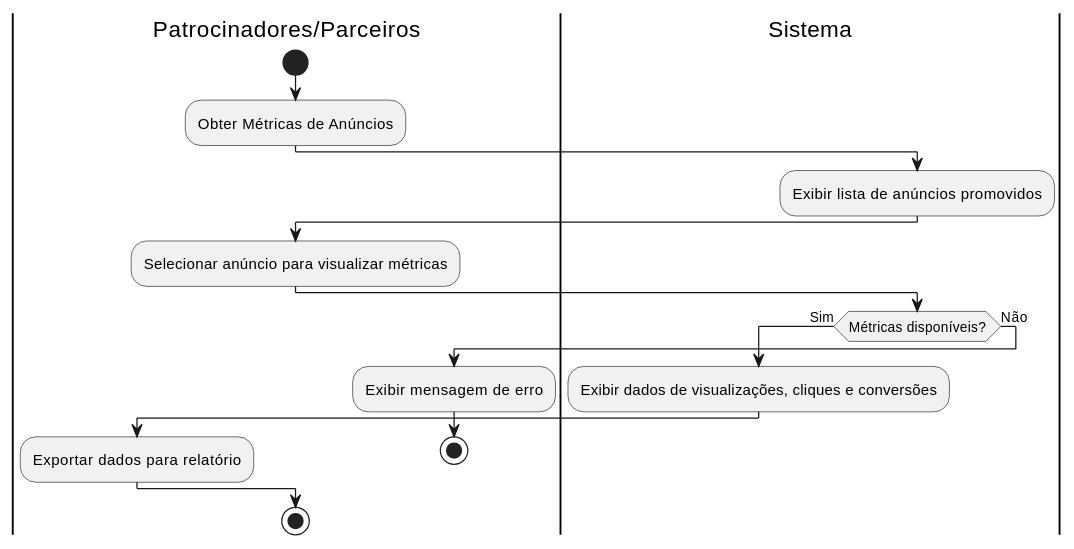
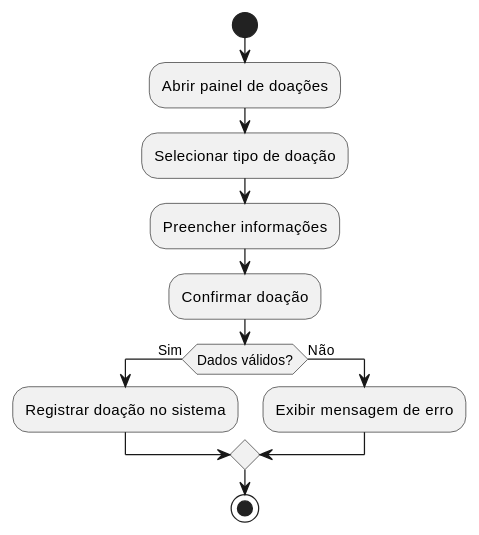
One commit to agu3des/CommunityLink changed diagram 14 of 16 in aps/specs/diagrama-de-atividades/uml_diagrama_atividades.md. Above: the diagram before and after it, drawn with PlantUML. The commit also changed other lines of this file and 28 other files, not shown here.

```diff
--- a/aps/specs/diagrama-de-atividades/uml_diagrama_atividades.md
+++ b/aps/specs/diagrama-de-atividades/uml_diagrama_atividades.md
@@ -363,19 +366,13 @@
 @startuml
-|Patrocinadores/Parceiros|
 start
-:Obter Métricas de Anúncios;
-|Sistema|
-:Exibir lista de anúncios promovidos;
-|Patrocinadores/Parceiros|
-:Selecionar anúncio para visualizar métricas;
-|Sistema|
-if (Métricas disponíveis?) then (Sim)
-    :Exibir dados de visualizações, cliques e conversões;
-    |Patrocinadores/Parceiros|
-    :Exportar dados para relatório;
+:Abrir painel de doações;
+:Selecionar tipo de doação;
+:Preencher informações;
+:Confirmar doação;
+if (Dados válidos?) then (Sim)
+    :Registrar doação no sistema;
 else (Não)
     :Exibir mensagem de erro;
-    stop
 endif
 stop
 @enduml
```
